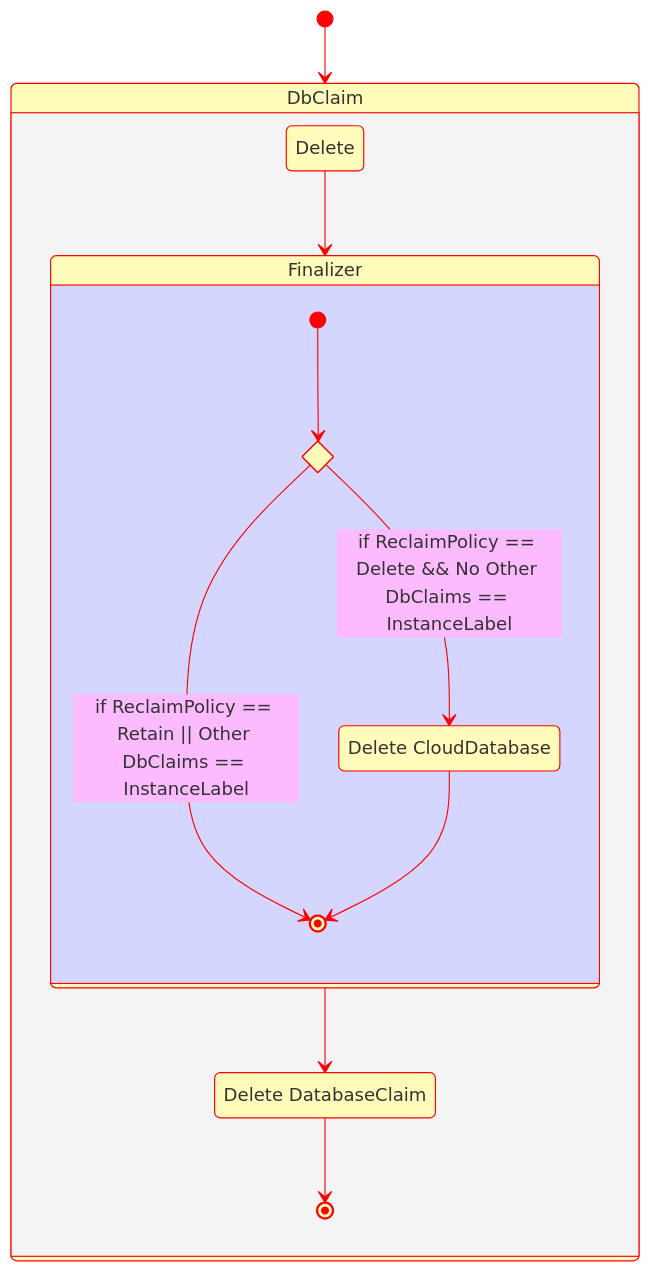
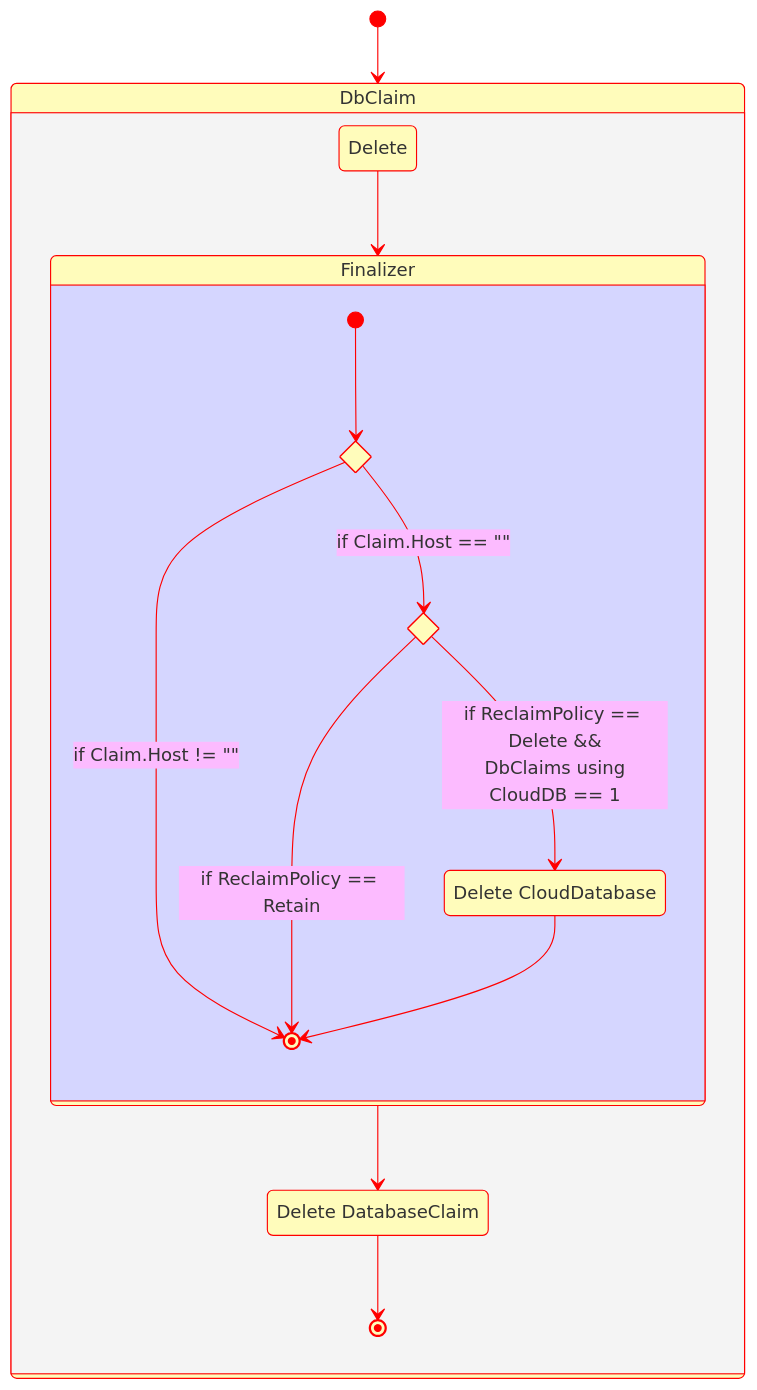
Before and after one commit to infobloxopen/db-controller: the eighth of 8 diagrams in docs/index.md, drawn with Mermaid. The commit also changed other lines of this file and 4 other files, not shown here.

````diff
--- a/docs/index.md
+++ b/docs/index.md
@@ -534,20 +538,23 @@
 ```mermaid
 %%{init: {'theme': 'base', 'themeVariables': { 'primaryColor': '#fffcbb', 'lineColor': '#ff0000', 'primaryBorderColor': '#ff0000'}}}%%
 stateDiagram-v2
 DCD: Delete CloudDatabase
 DDC: Delete DatabaseClaim
 
 [*] --> DbClaim
 state DbClaim {
     Delete --> Finalizer
     state Finalizer {
+        state check_host <<choice>>
         state check_label <<choice>>
-        [*] --> check_label
-        check_label --> DCD: if ReclaimPolicy == Delete && No Other DbClaims == InstanceLabel
-        check_label --> [*] : if ReclaimPolicy == Retain || Other DbClaims == InstanceLabel
+        [*] --> check_host
+        check_host --> check_label: if Claim.Host == ""
+        check_host --> [*] : if Claim.Host != ""
+        check_label --> DCD: if ReclaimPolicy == Delete &&<br/> DbClaims using CloudDB == 1
+        check_label --> [*] : if ReclaimPolicy == Retain
         DCD --> [*]
     }
     Finalizer --> DDC
     DDC --> [*]
 }
 ```
````
